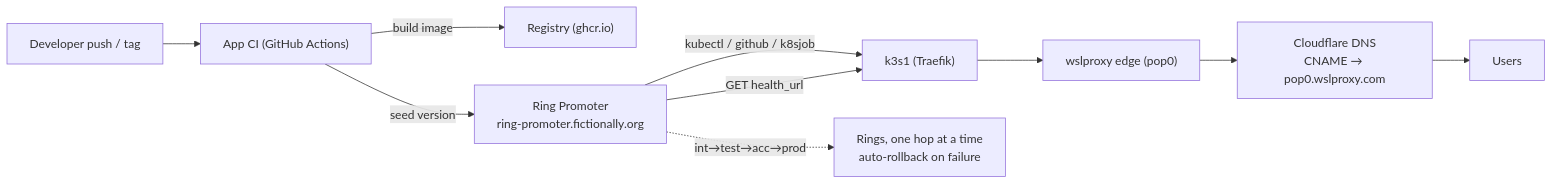
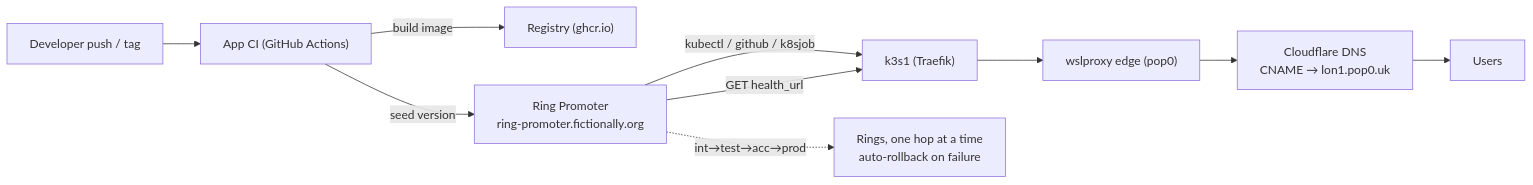
Before and after one commit to bwalia/ring-promoter: the diagram in training/diagrams/overall-architecture.mmd, drawn with Mermaid. The commit also changed 29 other files, not shown here.

First line of the commit message:
chore(dns): repoint edge CNAME target pop0.wslproxy.com -> lon1.pop0.uk

```diff
--- a/training/diagrams/overall-architecture.mmd
+++ b/training/diagrams/overall-architecture.mmd
@@ -1,12 +1,12 @@
 %% Ring Promoter training — overall architecture.
 %% Render: https://mermaid.live or any Mermaid-aware Markdown viewer.
 flowchart LR
   DEV["Developer push / tag"] --> CI["App CI (GitHub Actions)"]
   CI -->|build image| REG["Registry (ghcr.io)"]
   CI -->|seed version| RP["Ring Promoter\nring-promoter.fictionally.org"]
   RP -->|kubectl / github / k8sjob| K["k3s1 (Traefik)"]
   RP -->|GET health_url| K
   K --> POP["wslproxy edge (pop0)"]
-  POP --> CF["Cloudflare DNS\nCNAME → pop0.wslproxy.com"]
+  POP --> CF["Cloudflare DNS\nCNAME → lon1.pop0.uk"]
   CF --> USER["Users"]
   RP -.->|int→test→acc→prod| RINGS["Rings, one hop at a time\nauto-rollback on failure"]
```
